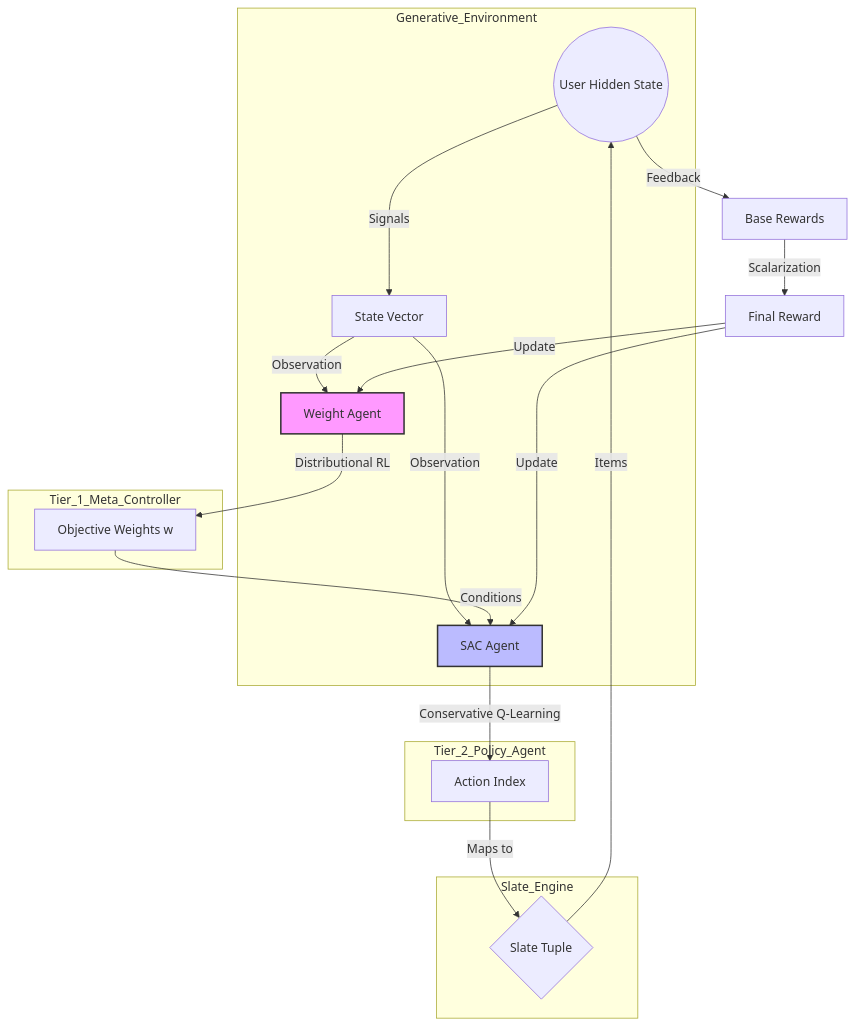
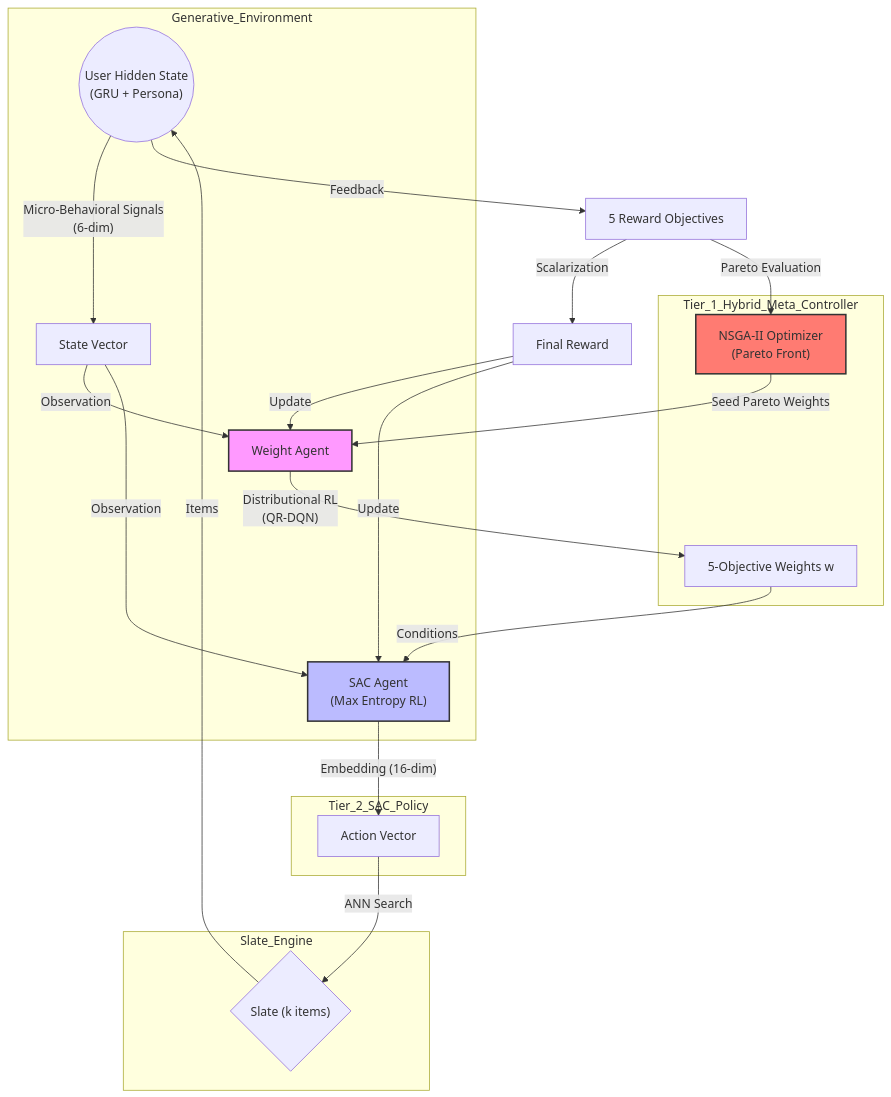
The first of 4 diagrams in finds.md (endse/domrl), drawn with Mermaid before and after one commit. The commit also changed other lines of this file and 77 other files, not shown here.

````diff
--- a/finds.md
+++ b/finds.md
@@ -18,46 +17,49 @@
 ```mermaid
 graph TD
 
     %% =========================
     %% Generative Environment
     %% =========================
     subgraph Generative_Environment
-        U(("User Hidden State")) -->|Signals| S[State Vector]
+        U(("User Hidden State<br/>(GRU + Persona)")) -->|"Micro-Behavioral Signals<br/>(6-dim)"| S[State Vector]
         S -->|Observation| WA
         S -->|Observation| SA
     end
 
     %% =========================
-    %% Tier 1: Meta-Controller
+    %% Tier 1: Hybrid Meta-Controller
     %% =========================
-    subgraph Tier_1_Meta_Controller
-        WA[Weight Agent] -->|"Distributional RL"| W[Objective Weights w]
+    subgraph Tier_1_Hybrid_Meta_Controller
+        WA[Weight Agent] -->|"Distributional RL<br/>(QR-DQN)"| W["5-Objective Weights w"]
+        NSGA["NSGA-II Optimizer<br/>(Pareto Front)"] -->|"Seed Pareto Weights"| WA
         style WA fill:#f9f,stroke:#333,stroke-width:2px
+        style NSGA fill:#ff7b72,stroke:#333,stroke-width:2px
     end
 
     %% =========================
     %% Tier 2: Policy Agent
     %% =========================
-    subgraph Tier_2_Policy_Agent
-        SA[SAC Agent] -->|"Conservative Q-Learning"| A[Action Index]
+    subgraph Tier_2_SAC_Policy
+        SA["SAC Agent<br/>(Max Entropy RL)"] -->|"Embedding (16-dim)"| A[Action Vector]
         W -->|Conditions| SA
         style SA fill:#bbf,stroke:#333,stroke-width:2px
     end
 
     %% =========================
     %% Slate Engine
     %% =========================
     subgraph Slate_Engine
-        A -->|Maps to| SL{Slate Tuple}
+        A -->|ANN Search| SL{"Slate (k items)"}
         SL -->|Items| U
     end
 
     %% =========================
     %% Rewards and Updates
     %% =========================
-    U -->|Feedback| R[Base Rewards]
+    U -->|Feedback| R["5 Reward Objectives"]
     R -->|Scalarization| FR[Final Reward]
     FR -->|Update| WA
     FR -->|Update| SA
+    R -->|"Pareto Evaluation"| NSGA
 
 ```
````
